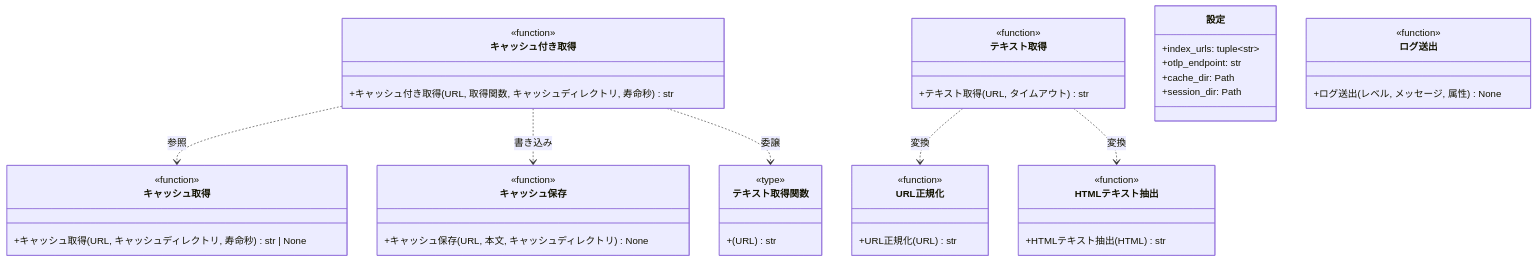
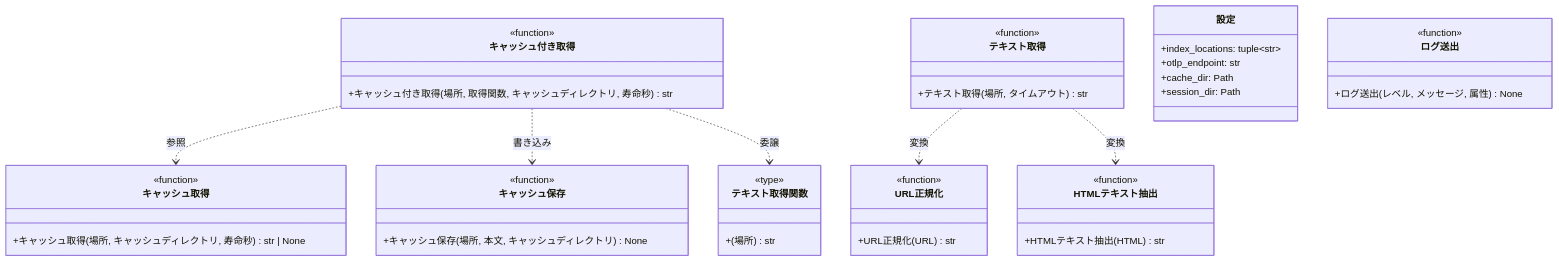
The diagram in docs/wiki/設計図/モジュール構成/連携/取得とキャッシュ.py.md (shuhei1101/my-plugins), drawn with Mermaid before and after one commit. The commit also changed other lines of this file and 4 other files, not shown here.

````diff
--- a/docs/wiki/設計図/モジュール構成/連携/取得とキャッシュ.py.md
+++ b/docs/wiki/設計図/モジュール構成/連携/取得とキャッシュ.py.md
@@ -49,57 +49,57 @@
 ```mermaid
 classDiagram
   キャッシュ付き取得 ..> キャッシュ取得 : 参照
   キャッシュ付き取得 ..> キャッシュ保存 : 書き込み
   キャッシュ付き取得 ..> テキスト取得関数 : 委譲
   テキスト取得 ..> URL正規化 : 変換
   テキスト取得 ..> HTMLテキスト抽出 : 変換
 
   class 設定 {
-    +index_urls: tuple~str~
+    +index_locations: tuple~str~
     +otlp_endpoint: str
     +cache_dir: Path
     +session_dir: Path
   }
   class テキスト取得関数 {
     <<type>>
-    +(URL) str
+    +(場所) str
   }
   class ログ送出 {
     <<function>>
     +ログ送出(レベル, メッセージ, 属性) None
   }
   class テキスト取得 {
     <<function>>
-    +テキスト取得(URL, タイムアウト) str
+    +テキスト取得(場所, タイムアウト) str
   }
   class URL正規化 {
     <<function>>
     +URL正規化(URL) str
   }
   class HTMLテキスト抽出 {
     <<function>>
     +HTMLテキスト抽出(HTML) str
   }
   class キャッシュ取得 {
     <<function>>
-    +キャッシュ取得(URL, キャッシュディレクトリ, 寿命秒) str | None
+    +キャッシュ取得(場所, キャッシュディレクトリ, 寿命秒) str | None
   }
   class キャッシュ保存 {
     <<function>>
-    +キャッシュ保存(URL, 本文, キャッシュディレクトリ) None
+    +キャッシュ保存(場所, 本文, キャッシュディレクトリ) None
   }
   class キャッシュ付き取得 {
     <<function>>
-    +キャッシュ付き取得(URL, 取得関数, キャッシュディレクトリ, 寿命秒) str
+    +キャッシュ付き取得(場所, 取得関数, キャッシュディレクトリ, 寿命秒) str
   }
 
   click 設定 href "#設定"
   click テキスト取得関数 href "#テキスト取得関数"
   click ログ送出 href "#ログ送出"
   click テキスト取得 href "#テキスト取得"
   click URL正規化 href "#url正規化"
   click HTMLテキスト抽出 href "#htmlテキスト抽出"
   click キャッシュ取得 href "#キャッシュ取得"
   click キャッシュ保存 href "#キャッシュ保存"
   click キャッシュ付き取得 href "#キャッシュ付き取得"
 ```
````
